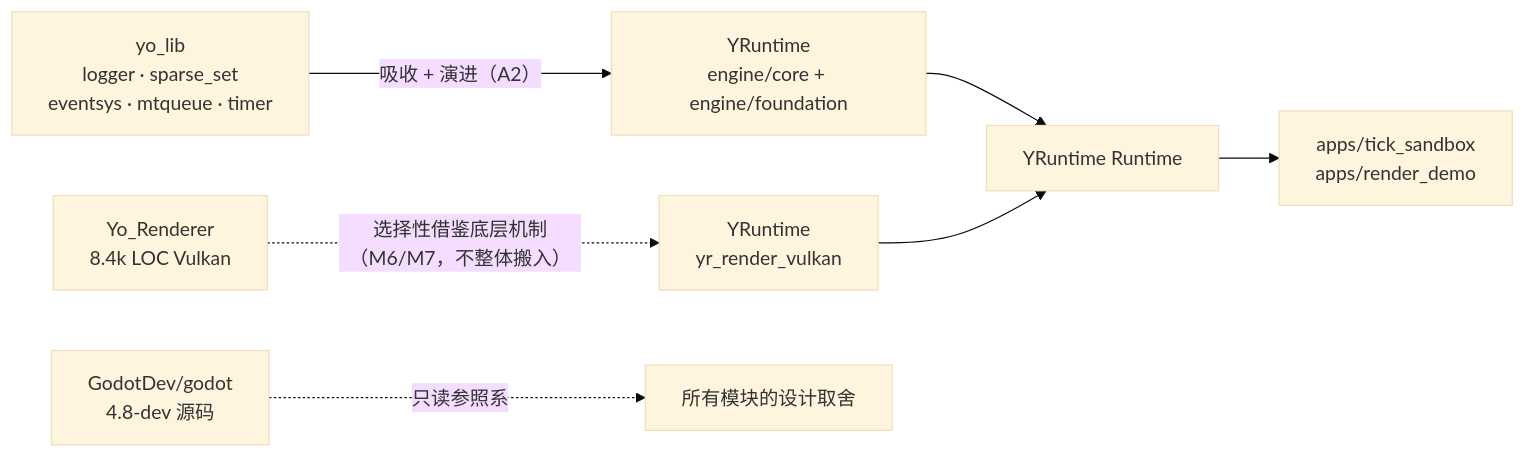
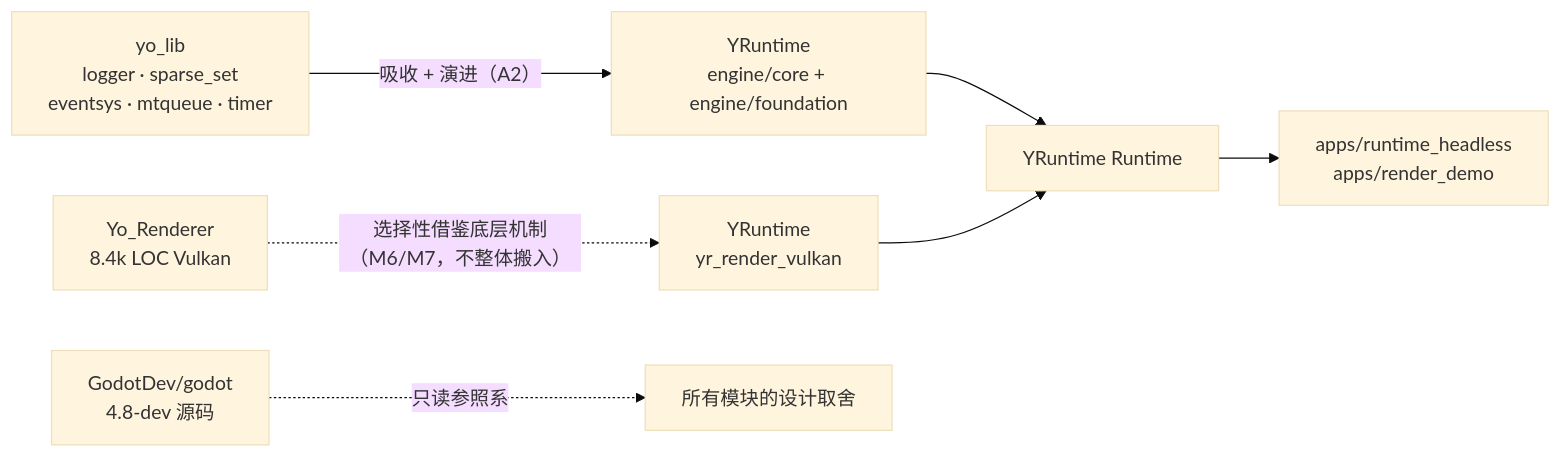
The diagram in doc/00-vision.md (yoyorm/YRuntime), drawn with Mermaid (base theme) before and after one commit. The commit also changed 26 other files, not shown here.

````diff
--- a/doc/00-vision.md
+++ b/doc/00-vision.md
@@ -155,9 +155,9 @@
 ```mermaid
 graph LR
     YL["yo_lib<br/>logger · sparse_set<br/>eventsys · mtqueue · timer"] -->|"吸收 + 演进（A2）"| CORE["YRuntime<br/>engine/core + engine/foundation"]
     YR["Yo_Renderer<br/>8.4k LOC Vulkan"] -.->|"选择性借鉴底层机制（M6/M7，不整体搬入）"| VK["YRuntime<br/>yr_render_vulkan"]
     GD["GodotDev/godot<br/>4.8-dev 源码"] -.->|"只读参照系"| ALL["所有模块的设计取舍"]
     CORE --> RUN["YRuntime Runtime"]
     VK --> RUN
-    RUN --> DEMO["apps/tick_sandbox<br/>apps/render_demo"]
+    RUN --> DEMO["apps/runtime_headless<br/>apps/render_demo"]
 ```
````
